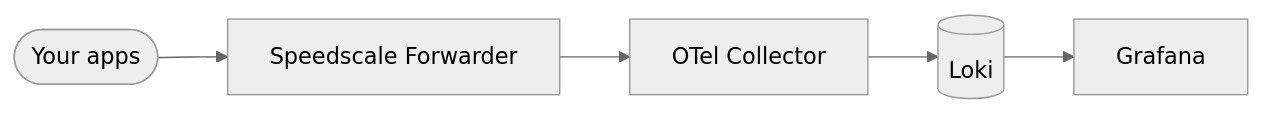
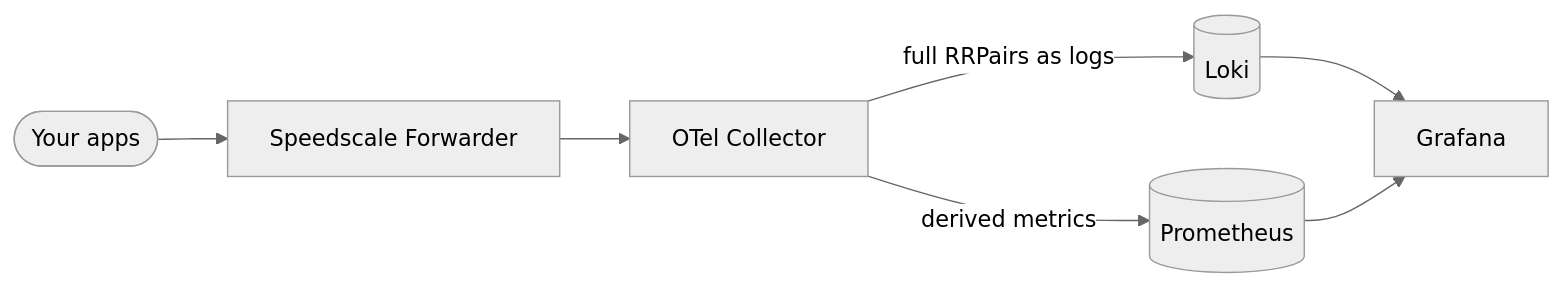
Before and after one commit to speedscale/speedscale-byoc: the first of 2 diagrams in charts/grafana/README.md, drawn with Mermaid (neutral theme). The commit also changed other lines of this file and 2 other files, not shown here.

First line of the commit message:
docs(grafana): document collector-derived Prometheus metrics architecture (#16)

````diff
--- a/charts/grafana/README.md
+++ b/charts/grafana/README.md
@@ -9,7 +12,9 @@
 ```mermaid
 flowchart LR
     apps([Your apps]) --> fwd[Speedscale Forwarder]
     fwd --> col[OTel Collector]
-    col --> loki[(Loki)]
+    col -->|full RRPairs as logs| loki[(Loki)]
+    col -->|derived metrics| prom[(Prometheus)]
     loki --> grafana[Grafana]
+    prom --> grafana
 ```
````
